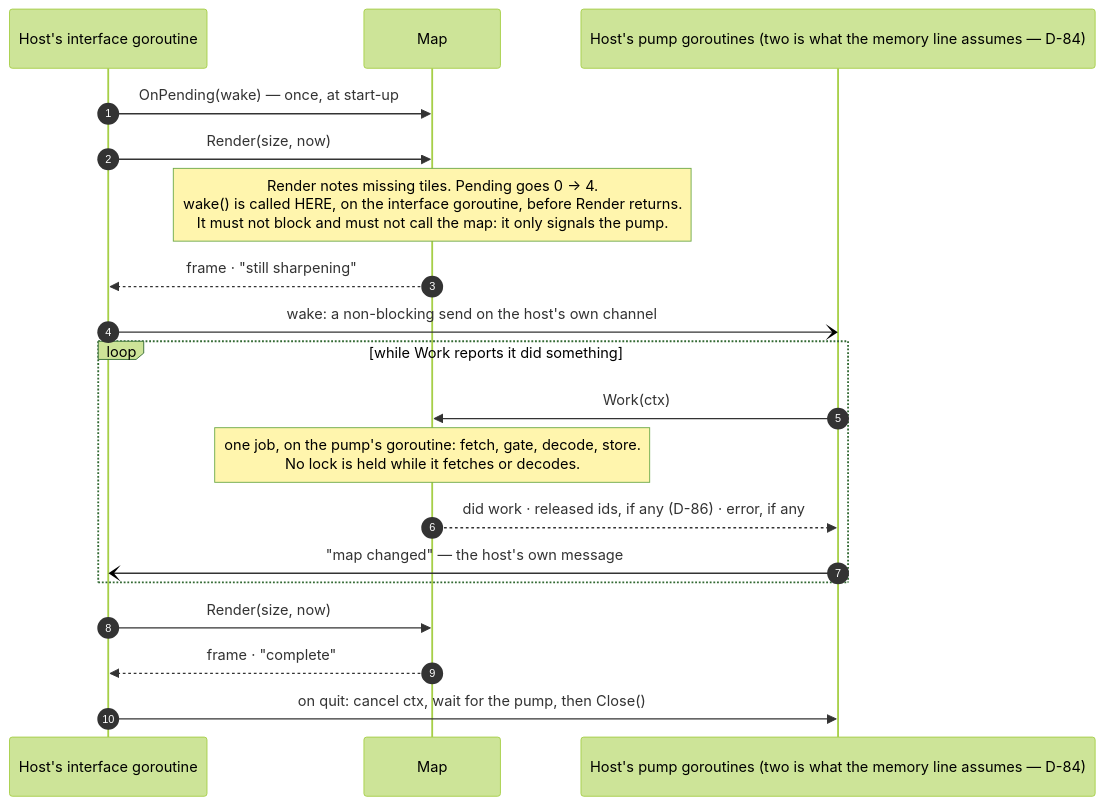
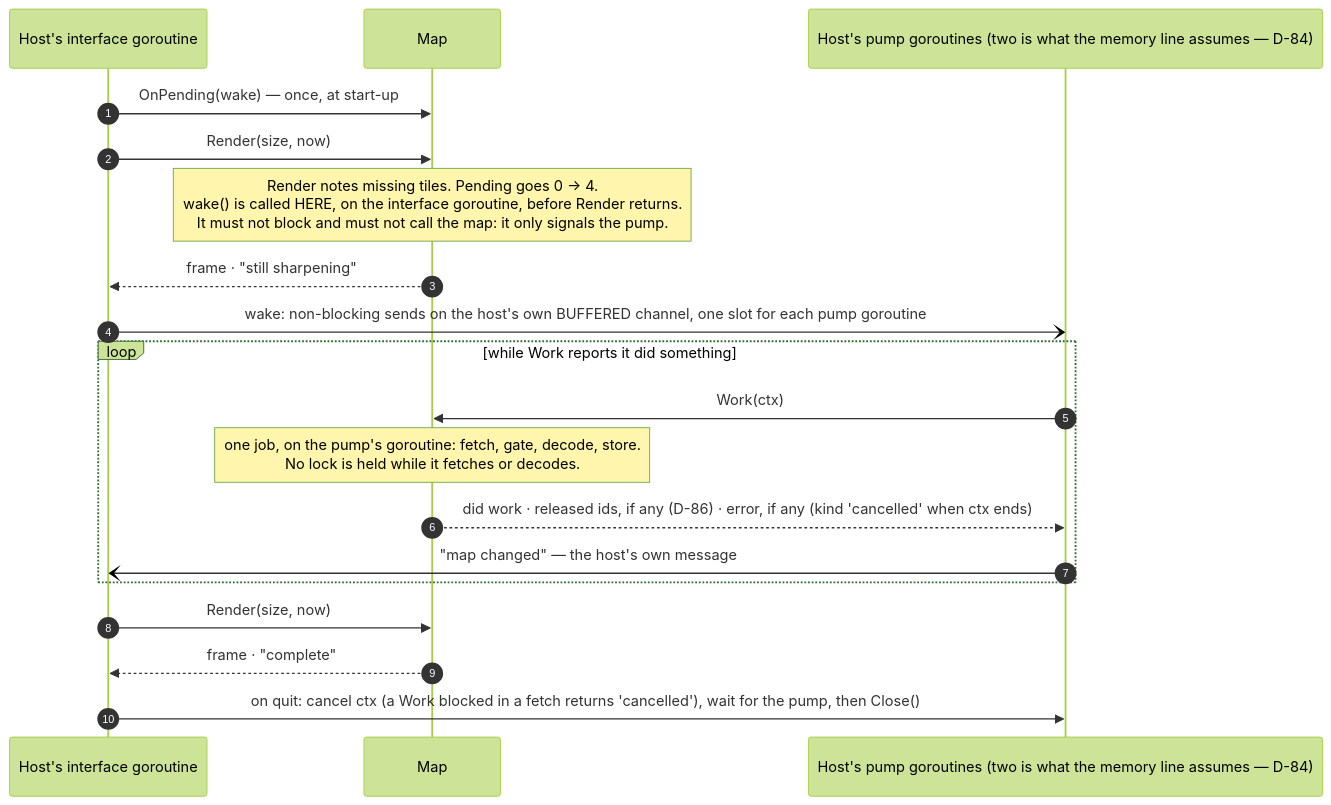
The first of 2 diagrams in 06_docs/02_features/go-tuimaps/03-architecture-design/contract.md (branden-thompson/go-tuimaps), drawn with Mermaid (forest theme) before and after one commit. The commit also changed other lines of this file and 17 other files, not shown here.

````diff
--- a/06_docs/02_features/go-tuimaps/03-architecture-design/contract.md
+++ b/06_docs/02_features/go-tuimaps/03-architecture-design/contract.md
@@ -34,21 +34,21 @@
 ```mermaid
 sequenceDiagram
     autonumber
     participant U as Host's interface goroutine
     participant M as Map
     participant P as Host's pump goroutines (two is what the memory line assumes — D-84)
     U->>M: OnPending(wake) — once, at start-up
     U->>M: Render(size, now)
     Note over M: Render notes missing tiles. Pending goes 0 → 4.<br/>wake() is called HERE, on the interface goroutine, before Render returns.<br/>It must not block and must not call the map: it only signals the pump.
     M-->>U: frame · "still sharpening"
-    U-)P: wake: a non-blocking send on the host's own channel
+    U-)P: wake: non-blocking sends on the host's own BUFFERED channel, one slot for each pump goroutine
     loop while Work reports it did something
         P->>M: Work(ctx)
         Note over M: one job, on the pump's goroutine: fetch, gate, decode, store.<br/>No lock is held while it fetches or decodes.
-        M-->>P: did work · released ids, if any (D-86) · error, if any
+        M-->>P: did work · released ids, if any (D-86) · error, if any (kind 'cancelled' when ctx ends)
         P-)U: "map changed" — the host's own message
     end
     U->>M: Render(size, now)
     M-->>U: frame · "complete"
-    U->>P: on quit: cancel ctx, wait for the pump, then Close()
+    U->>P: on quit: cancel ctx (a Work blocked in a fetch returns 'cancelled'), wait for the pump, then Close()
 ```
````
